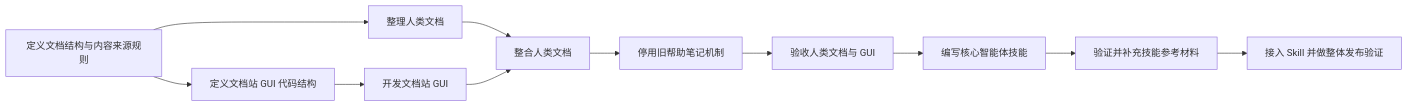
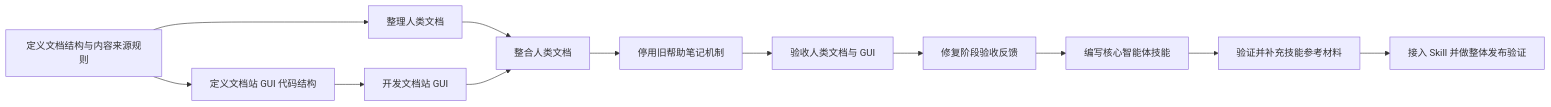
The diagram in .dev/changes/query-view-docs-portal/graph.md (frostime/sy-query-view), drawn with Mermaid before and after one commit. The commit also changed other lines of this file and 18 other files, not shown here.

````diff
--- a/.dev/changes/query-view-docs-portal/graph.md
+++ b/.dev/changes/query-view-docs-portal/graph.md
@@ -6,13 +6,14 @@
 ```mermaid
 flowchart LR
     structure["定义文档结构与内容来源规则"] --> docs["整理人类文档"]
     structure --> guiShape["定义文档站 GUI 代码结构"]
     guiShape --> gui["开发文档站 GUI"]
     docs --> integrate["整合人类文档"]
     gui --> integrate
     integrate --> retire["停用旧帮助笔记机制"]
     retire --> docsVerify["验收人类文档与 GUI"]
-    docsVerify --> skill["编写核心智能体技能"]
+    docsVerify --> runtimeFix["修复阶段验收反馈"]
+    runtimeFix --> skill["编写核心智能体技能"]
     skill --> references["验证并补充技能参考材料"]
     references --> release["接入 Skill 并做整体发布验证"]
 ```
````
